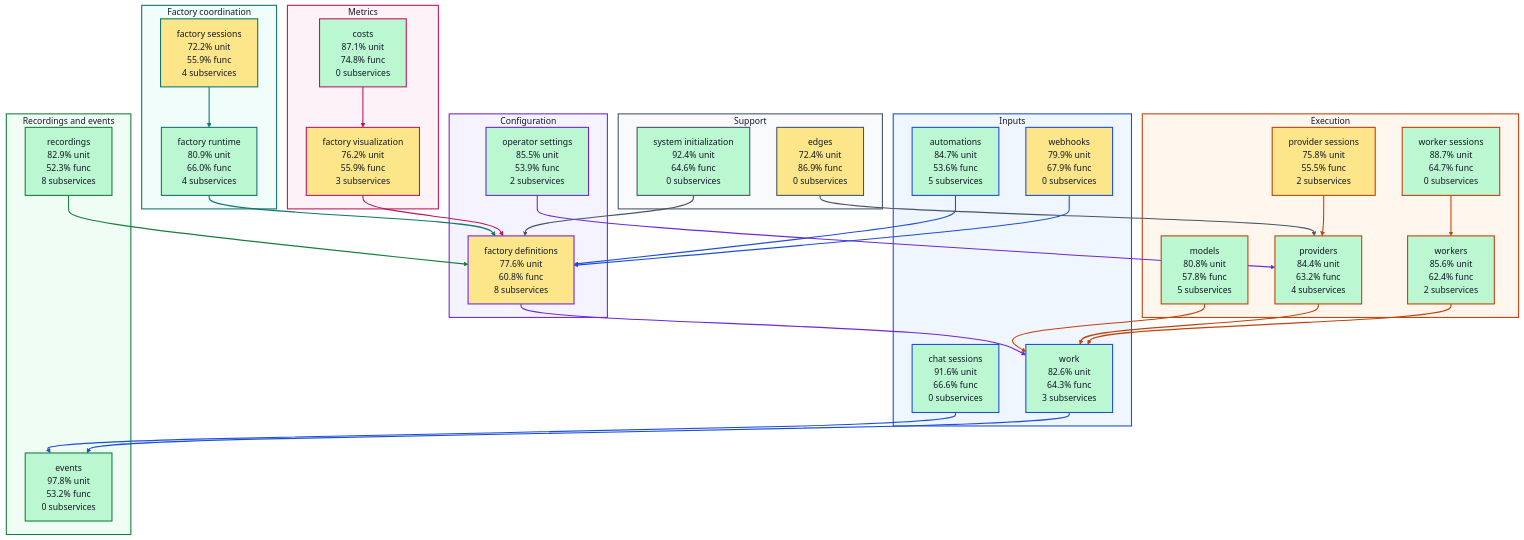
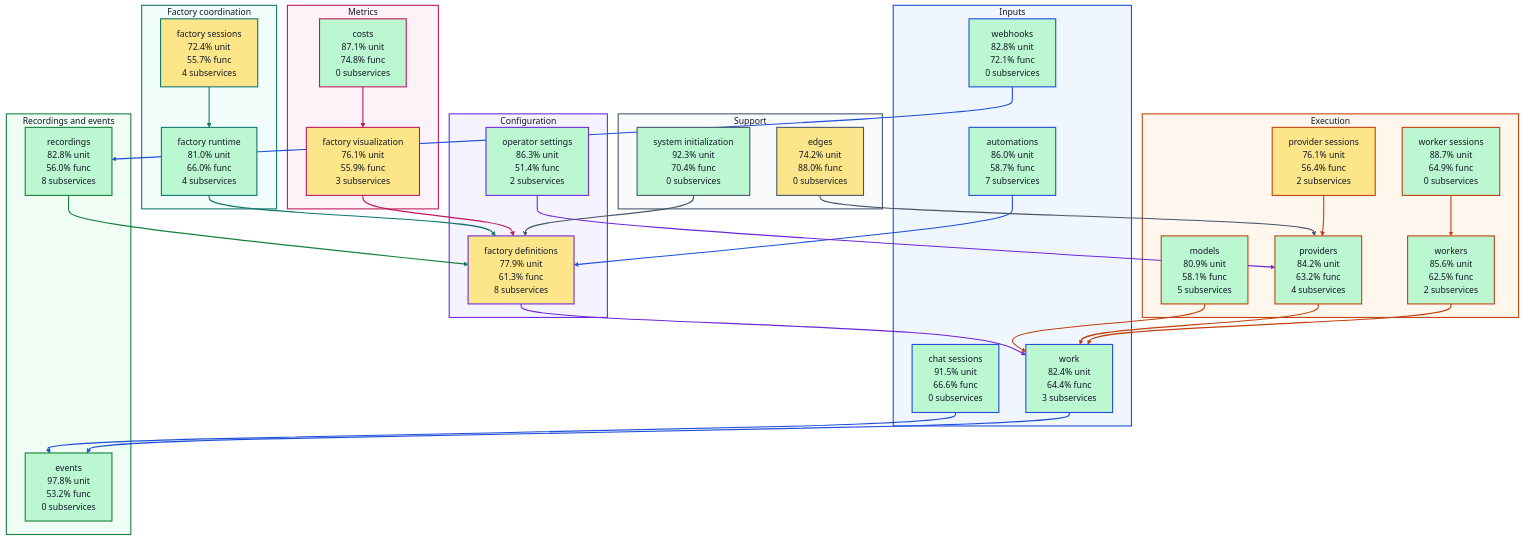
Before and after one commit to portpowered/you-agent-factory: the diagram in docs/architecture/visualizations/high-level-test-coverage.md, drawn with Mermaid. The commit also changed other lines of this file and 20 other files, not shown here.

Commit message:
docs: refresh backend architecture visualizations

````diff
--- a/docs/architecture/visualizations/high-level-test-coverage.md
+++ b/docs/architecture/visualizations/high-level-test-coverage.md
@@ -11,37 +11,37 @@
 ```mermaid
 flowchart TB
   subgraph input["Inputs"]
-    s_services_automations["automations<br/>84.7% unit<br/>53.6% func<br/>5 subservices"]
-    s_services_chat_sessions["chat sessions<br/>91.6% unit<br/>66.6% func<br/>0 subservices"]
-    s_services_webhooks["webhooks<br/>79.9% unit<br/>67.9% func<br/>0 subservices"]
-    s_services_work["work<br/>82.6% unit<br/>64.3% func<br/>3 subservices"]
+    s_services_automations["automations<br/>86.0% unit<br/>58.7% func<br/>7 subservices"]
+    s_services_chat_sessions["chat sessions<br/>91.5% unit<br/>66.6% func<br/>0 subservices"]
+    s_services_webhooks["webhooks<br/>82.8% unit<br/>72.1% func<br/>0 subservices"]
+    s_services_work["work<br/>82.4% unit<br/>64.4% func<br/>3 subservices"]
   end
   subgraph configuration["Configuration"]
-    s_services_factory_definitions["factory definitions<br/>77.6% unit<br/>60.8% func<br/>8 subservices"]
-    s_services_operator_settings["operator settings<br/>85.5% unit<br/>53.9% func<br/>2 subservices"]
+    s_services_factory_definitions["factory definitions<br/>77.9% unit<br/>61.3% func<br/>8 subservices"]
+    s_services_operator_settings["operator settings<br/>86.3% unit<br/>51.4% func<br/>2 subservices"]
   end
   subgraph coordination["Factory coordination"]
-    s_services_factory_runtime["factory runtime<br/>80.9% unit<br/>66.0% func<br/>4 subservices"]
-    s_services_factory_sessions["factory sessions<br/>72.2% unit<br/>55.9% func<br/>4 subservices"]
+    s_services_factory_runtime["factory runtime<br/>81.0% unit<br/>66.0% func<br/>4 subservices"]
+    s_services_factory_sessions["factory sessions<br/>72.4% unit<br/>55.7% func<br/>4 subservices"]
   end
   subgraph execution["Execution"]
-    s_services_models["models<br/>80.8% unit<br/>57.8% func<br/>5 subservices"]
-    s_services_provider_sessions["provider sessions<br/>75.8% unit<br/>55.5% func<br/>2 subservices"]
-    s_services_providers["providers<br/>84.4% unit<br/>63.2% func<br/>4 subservices"]
-    s_services_worker_sessions["worker sessions<br/>88.7% unit<br/>64.7% func<br/>0 subservices"]
-    s_services_workers["workers<br/>85.6% unit<br/>62.4% func<br/>2 subservices"]
+    s_services_models["models<br/>80.9% unit<br/>58.1% func<br/>5 subservices"]
+    s_services_provider_sessions["provider sessions<br/>76.1% unit<br/>56.4% func<br/>2 subservices"]
+    s_services_providers["providers<br/>84.2% unit<br/>63.2% func<br/>4 subservices"]
+    s_services_worker_sessions["worker sessions<br/>88.7% unit<br/>64.9% func<br/>0 subservices"]
+    s_services_workers["workers<br/>85.6% unit<br/>62.5% func<br/>2 subservices"]
   end
   subgraph recordings["Recordings and events"]
     s_services_events["events<br/>97.8% unit<br/>53.2% func<br/>0 subservices"]
-    s_services_recordings["recordings<br/>82.9% unit<br/>52.3% func<br/>8 subservices"]
+    s_services_recordings["recordings<br/>82.8% unit<br/>56.0% func<br/>8 subservices"]
   end
   subgraph metrics["Metrics"]
     s_services_costs["costs<br/>87.1% unit<br/>74.8% func<br/>0 subservices"]
-    s_services_factory_visualization["factory visualization<br/>76.2% unit<br/>55.9% func<br/>3 subservices"]
+    s_services_factory_visualization["factory visualization<br/>76.1% unit<br/>55.9% func<br/>3 subservices"]
   end
   subgraph support["Support"]
-    s_services_edges["edges<br/>72.4% unit<br/>86.9% func<br/>0 subservices"]
-    s_services_system_initialization["system initialization<br/>92.4% unit<br/>64.6% func<br/>0 subservices"]
+    s_services_edges["edges<br/>74.2% unit<br/>88.0% func<br/>0 subservices"]
+    s_services_system_initialization["system initialization<br/>92.3% unit<br/>70.4% func<br/>0 subservices"]
   end
   s_services_automations --> s_services_factory_definitions
   s_services_chat_sessions --> s_services_events
@@ -57,7 +57,7 @@
   s_services_providers --> s_services_work
   s_services_recordings --> s_services_factory_definitions
   s_services_system_initialization --> s_services_factory_definitions
-  s_services_webhooks --> s_services_factory_definitions
+  s_services_webhooks --> s_services_recordings
   s_services_work --> s_services_events
   s_services_worker_sessions --> s_services_workers
   s_services_workers --> s_services_work
@@ -76,7 +76,7 @@
   style s_services_providers fill:#bbf7d0,stroke:#c2410c,stroke-width:2px,color:#111827
   style s_services_recordings fill:#bbf7d0,stroke:#15803d,stroke-width:2px,color:#111827
   style s_services_system_initialization fill:#bbf7d0,stroke:#475569,stroke-width:2px,color:#111827
-  style s_services_webhooks fill:#fde68a,stroke:#1d4ed8,stroke-width:2px,color:#111827
+  style s_services_webhooks fill:#bbf7d0,stroke:#1d4ed8,stroke-width:2px,color:#111827
   style s_services_work fill:#bbf7d0,stroke:#1d4ed8,stroke-width:2px,color:#111827
   style s_services_worker_sessions fill:#bbf7d0,stroke:#c2410c,stroke-width:2px,color:#111827
   style s_services_workers fill:#bbf7d0,stroke:#c2410c,stroke-width:2px,color:#111827
````
